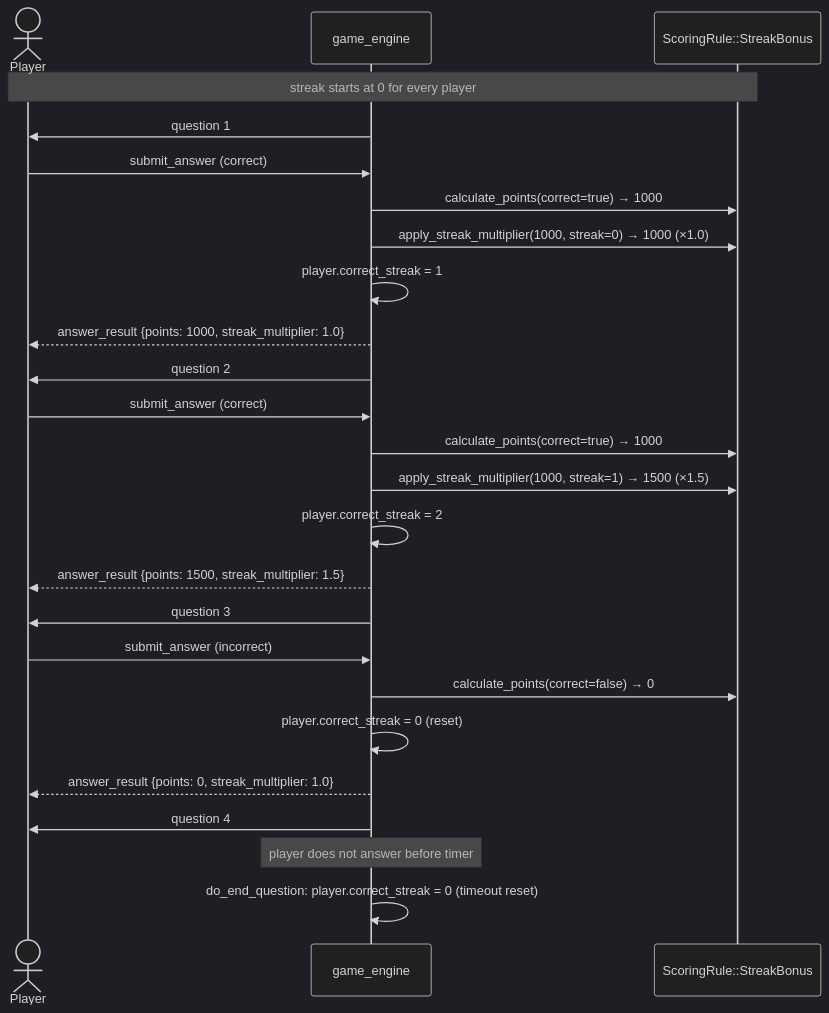
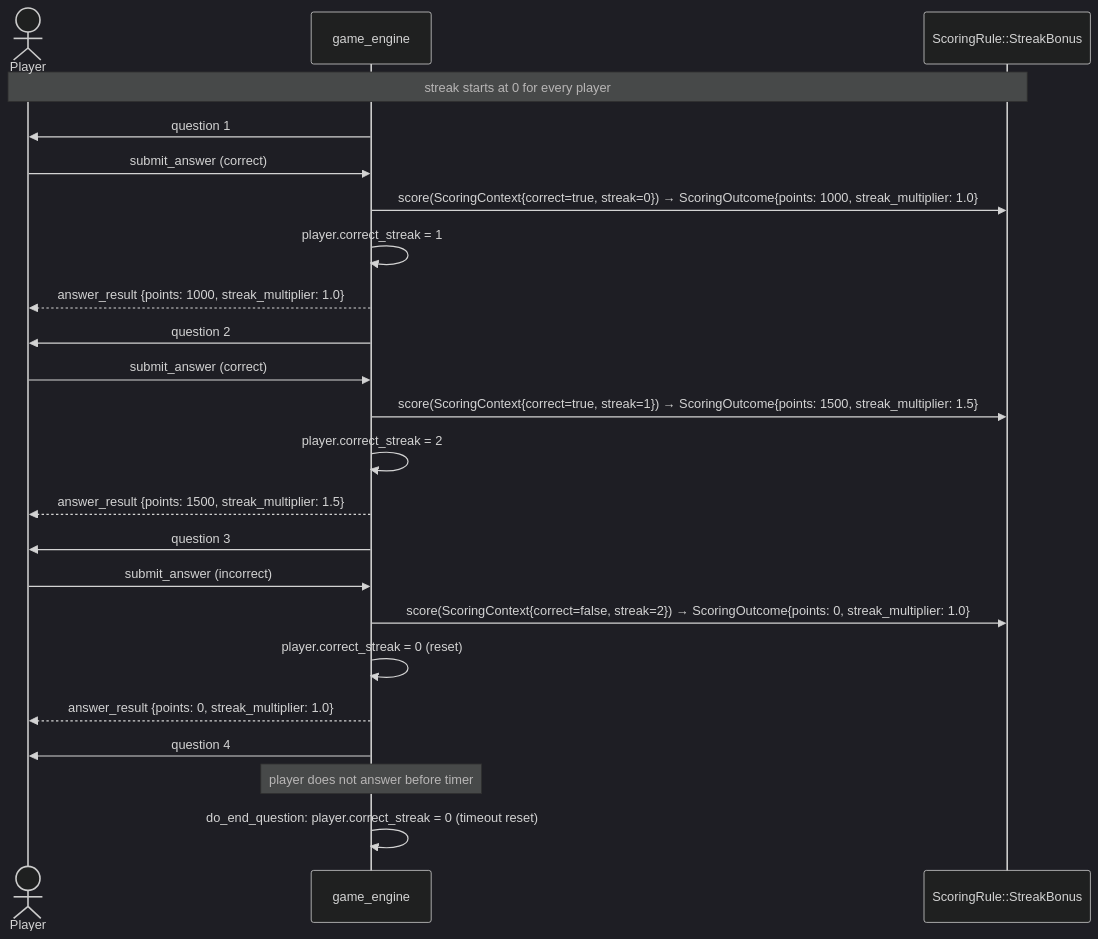
Before and after one commit to campeis/quiz-game: the diagram in docs/diagrams/flow-streak-bonus.mmd, drawn with Mermaid (dark theme). The commit also changed 8 other files, not shown here.

First line of the commit message:
docs: update architecture and diagrams for scoring refactor

```diff
--- a/docs/diagrams/flow-streak-bonus.mmd
+++ b/docs/diagrams/flow-streak-bonus.mmd
@@ -1,30 +1,28 @@
 sequenceDiagram
     actor PL as Player
     participant GE as game_engine
     participant SR as ScoringRule::StreakBonus
 
     Note over PL,SR: streak starts at 0 for every player
 
     GE->>PL: question 1
     PL->>GE: submit_answer (correct)
-    GE->>SR: calculate_points(correct=true) → 1000
-    GE->>SR: apply_streak_multiplier(1000, streak=0) → 1000 (×1.0)
+    GE->>SR: score(ScoringContext{correct=true, streak=0}) → ScoringOutcome{points: 1000, streak_multiplier: 1.0}
     GE->>GE: player.correct_streak = 1
     GE-->>PL: answer_result {points: 1000, streak_multiplier: 1.0}
 
     GE->>PL: question 2
     PL->>GE: submit_answer (correct)
-    GE->>SR: calculate_points(correct=true) → 1000
-    GE->>SR: apply_streak_multiplier(1000, streak=1) → 1500 (×1.5)
+    GE->>SR: score(ScoringContext{correct=true, streak=1}) → ScoringOutcome{points: 1500, streak_multiplier: 1.5}
     GE->>GE: player.correct_streak = 2
     GE-->>PL: answer_result {points: 1500, streak_multiplier: 1.5}
 
     GE->>PL: question 3
     PL->>GE: submit_answer (incorrect)
-    GE->>SR: calculate_points(correct=false) → 0
+    GE->>SR: score(ScoringContext{correct=false, streak=2}) → ScoringOutcome{points: 0, streak_multiplier: 1.0}
     GE->>GE: player.correct_streak = 0 (reset)
     GE-->>PL: answer_result {points: 0, streak_multiplier: 1.0}
 
     GE->>PL: question 4
     Note over GE: player does not answer before timer
     GE->>GE: do_end_question: player.correct_streak = 0 (timeout reset)
```
